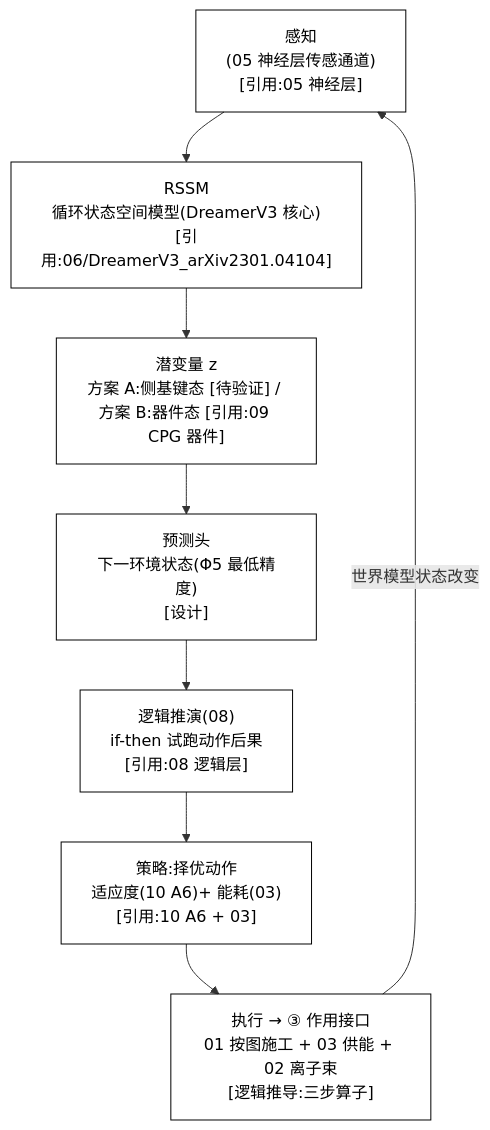
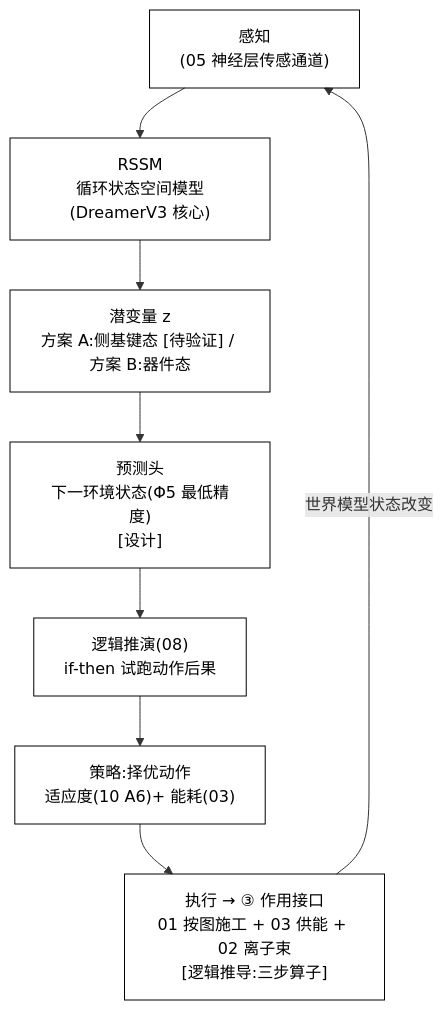
The first of 2 diagrams in zh-CN/06_世界模型_设计.md (RichardASimon/Silicon-Biological-Blueprint), drawn with Mermaid before and after one commit. The commit also changed other lines of this file and 23 other files, not shown here.

First line of the commit message:
docs: improve report formatting, table balance and diagram captions

````diff
--- a/zh-CN/06_世界模型_设计.md
+++ b/zh-CN/06_世界模型_设计.md
@@ -137,21 +151,21 @@
 ```mermaid
 flowchart TB
-    S["感知<br/>(05 神经层传感通道)<br/>[引用:05 神经层]"]
-    R["RSSM<br/>循环状态空间模型(DreamerV3 核心)<br/>[引用:06/DreamerV3_arXiv2301.04104]"]
-    Z["潜变量 z<br/>方案 A:侧基键态 [待验证] / 方案 B:器件态 [引用:09 CPG 器件]"]
+    S["感知<br/>(05 神经层传感通道)<br/>"]
+    R["RSSM<br/>循环状态空间模型(DreamerV3 核心)<br/>"]
+    Z["潜变量 z<br/>方案 A:侧基键态 [待验证] / 方案 B:器件态 "]
     P["预测头<br/>下一环境状态(Φ5 最低精度)<br/>[设计]"]
-    L["逻辑推演(08)<br/>if-then 试跑动作后果<br/>[引用:08 逻辑层]"]
-    P2["策略:择优动作<br/>适应度(10 A6)+ 能耗(03)<br/>[引用:10 A6 + 03]"]
+    L["逻辑推演(08)<br/>if-then 试跑动作后果<br/>"]
+    P2["策略:择优动作<br/>适应度(10 A6)+ 能耗(03)<br/>"]
     EX["执行 → ③ 作用接口<br/>01 按图施工 + 03 供能 + 02 离子束<br/>[逻辑推导:三步算子]"]
 
     S --> R
     R --> Z
     Z --> P
     P --> L
     L --> P2
     P2 --> EX
     EX -->|世界模型状态改变| S
 
     classDef box fill:transparent,stroke:currentColor,color:currentColor
     class S,R,Z,P,L,P2,EX box
 ```
````
